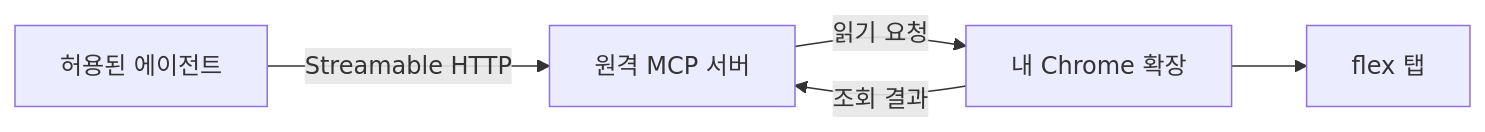
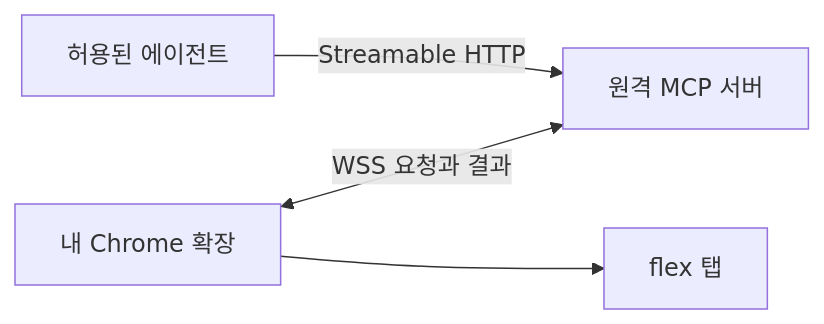
One commit to freevue/flex-mcp changed the diagram in ARCHITECTURE.md. Above: the diagram before and after it, drawn with Mermaid. The commit also changed other lines of this file and 40 other files, not shown here.

````diff
--- a/ARCHITECTURE.md
+++ b/ARCHITECTURE.md
@@ -13,7 +13,6 @@
 ```mermaid
 flowchart LR
     Agent[허용된 에이전트] -->|Streamable HTTP| Server[원격 MCP 서버]
-    Extension[내 Chrome 확장] -->|조회 결과| Server
-    Server -->|읽기 요청| Extension
+    Extension[내 Chrome 확장] <-->|WSS 요청과 결과| Server
     Extension --> Flex[flex 탭]
 ```
````
